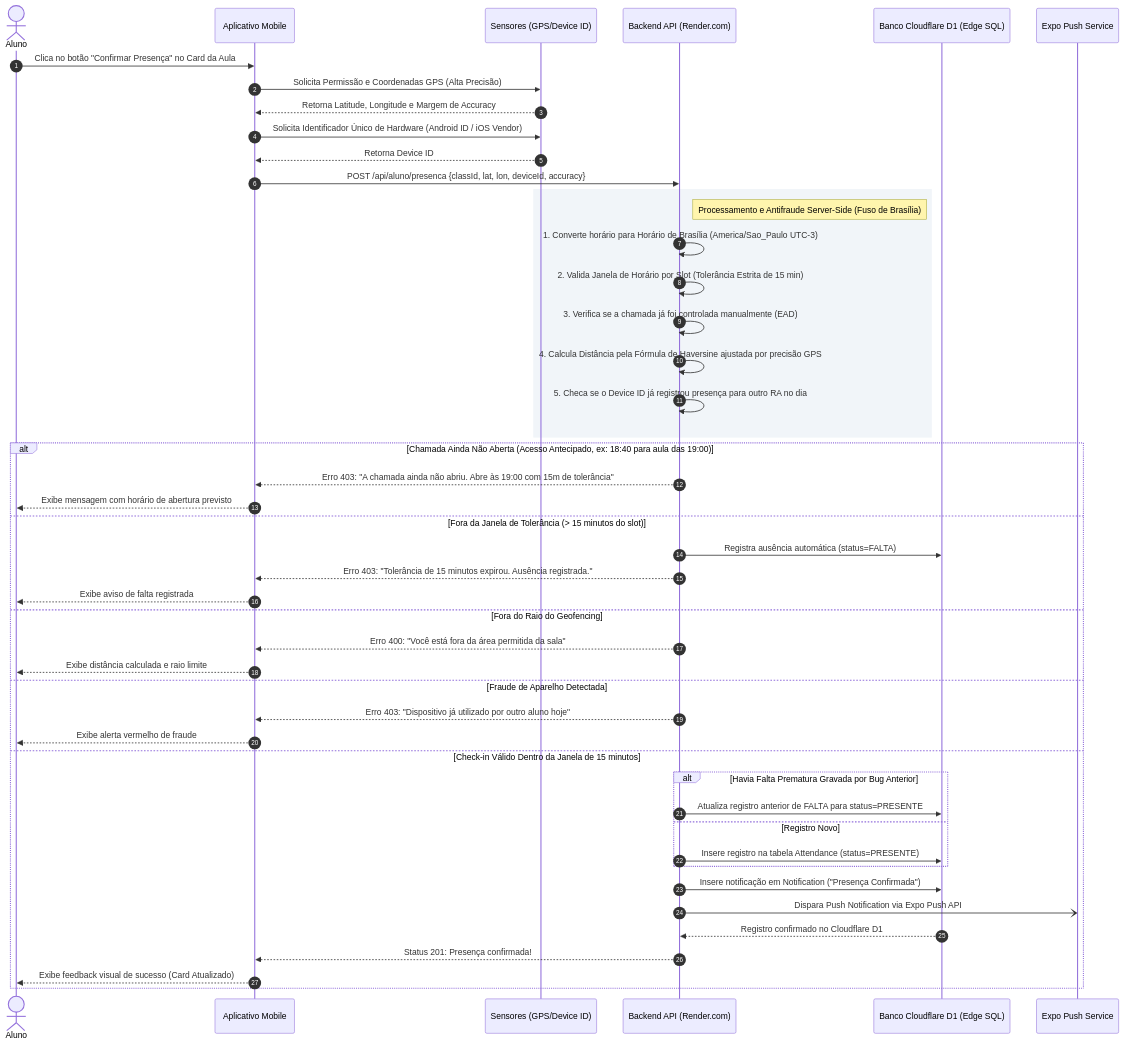
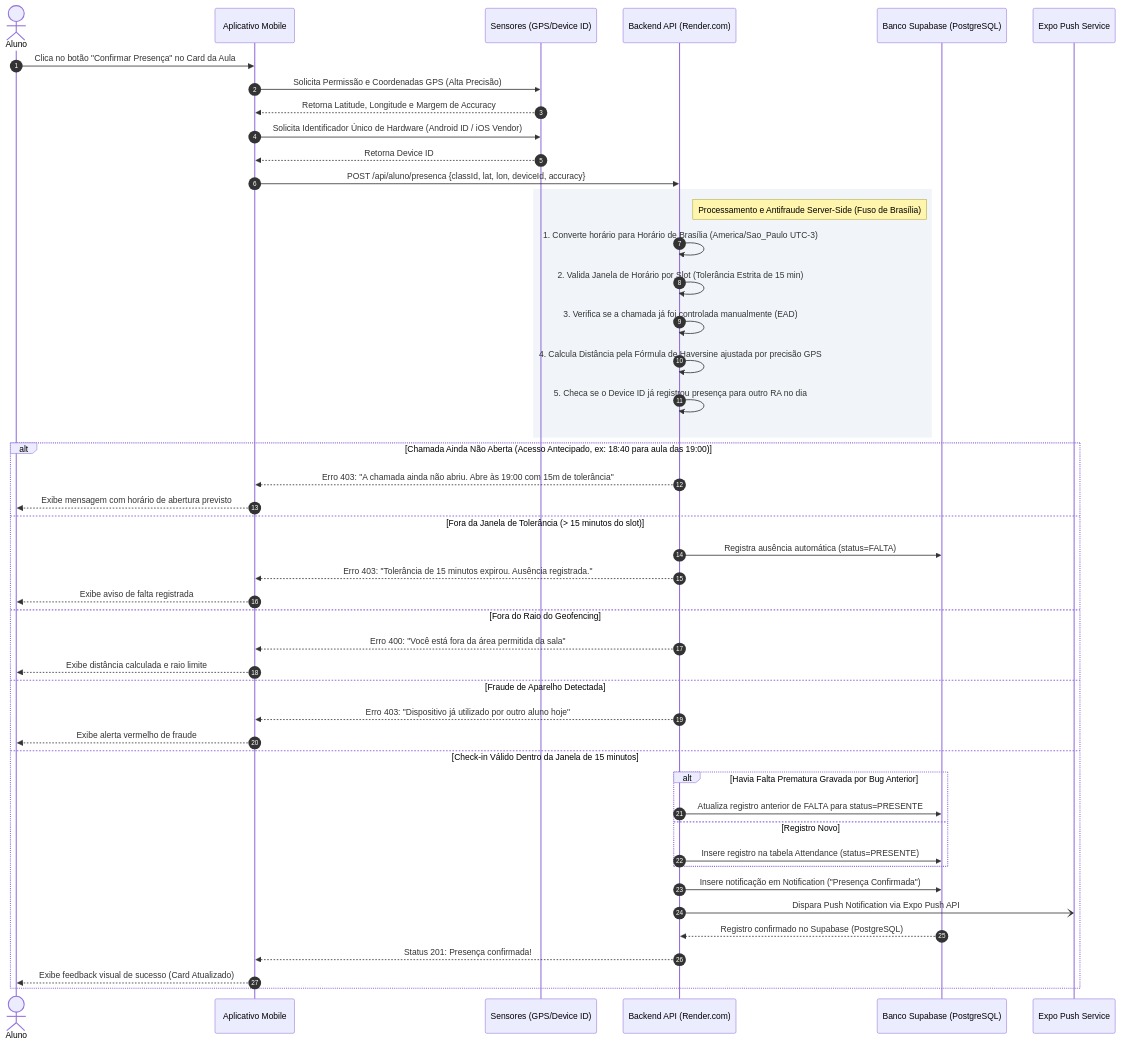
Before and after one commit to caneschi-lais/geoclass: the second of 24 diagrams in documentacao/diagramas/fluxos.md, drawn with Mermaid. The commit also changed other lines of this file and 9 other files, not shown here.

Commit message:
docs: update architecture, ERD, and flow diagrams for Supabase and remove Cloudflare and Neon references

````diff
--- a/documentacao/diagramas/fluxos.md
+++ b/documentacao/diagramas/fluxos.md
@@ -57,53 +57,53 @@
 ```mermaid
 sequenceDiagram
     autonumber
     actor Aluno
     participant App as Aplicativo Mobile
     participant Hardware as Sensores (GPS/Device ID)
     participant API as Backend API (Render.com)
-    participant DB as Banco Cloudflare D1 (Edge SQL)
+    participant DB as Banco Supabase (PostgreSQL)
     participant Push as Expo Push Service
 
     Aluno->>App: Clica no botão "Confirmar Presença" no Card da Aula
     App->>Hardware: Solicita Permissão e Coordenadas GPS (Alta Precisão)
     Hardware-->>App: Retorna Latitude, Longitude e Margem de Accuracy
     App->>Hardware: Solicita Identificador Único de Hardware (Android ID / iOS Vendor)
     Hardware-->>App: Retorna Device ID
 
     App->>API: POST /api/aluno/presenca {classId, lat, lon, deviceId, accuracy}
 
     rect rgb(241, 245, 249)
         note right of API: Processamento e Antifraude Server-Side (Fuso de Brasília)
         API->>API: 1. Converte horário para Horário de Brasília (America/Sao_Paulo UTC-3)
         API->>API: 2. Valida Janela de Horário por Slot (Tolerância Estrita de 15 min)
         API->>API: 3. Verifica se a chamada já foi controlada manualmente (EAD)
         API->>API: 4. Calcula Distância pela Fórmula de Haversine ajustada por precisão GPS
         API->>API: 5. Checa se o Device ID já registrou presença para outro RA no dia
     end
 
     alt Chamada Ainda Não Aberta (Acesso Antecipado, ex: 18:40 para aula das 19:00)
         API-->>App: Erro 403: "A chamada ainda não abriu. Abre às 19:00 com 15m de tolerância"
         App-->>Aluno: Exibe mensagem com horário de abertura previsto
     else Fora da Janela de Tolerância (> 15 minutos do slot)
         API->>DB: Registra ausência automática (status=FALTA)
         API-->>App: Erro 403: "Tolerância de 15 minutos expirou. Ausência registrada."
         App-->>Aluno: Exibe aviso de falta registrada
     else Fora do Raio do Geofencing
         API-->>App: Erro 400: "Você está fora da área permitida da sala"
         App-->>Aluno: Exibe distância calculada e raio limite
     else Fraude de Aparelho Detectada
         API-->>App: Erro 403: "Dispositivo já utilizado por outro aluno hoje"
         App-->>Aluno: Exibe alerta vermelho de fraude
     else Check-in Válido Dentro da Janela de 15 minutos
         alt Havia Falta Prematura Gravada por Bug Anterior
             API->>DB: Atualiza registro anterior de FALTA para status=PRESENTE
         else Registro Novo
             API->>DB: Insere registro na tabela Attendance (status=PRESENTE)
         end
         API->>DB: Insere notificação em Notification ("Presença Confirmada")
         API-)Push: Dispara Push Notification via Expo Push API
-        DB-->>API: Registro confirmado no Cloudflare D1
+        DB-->>API: Registro confirmado no Supabase (PostgreSQL)
         API-->>App: Status 201: Presença confirmada!
         App-->>Aluno: Exibe feedback visual de sucesso (Card Atualizado)
     end
 ```
````
